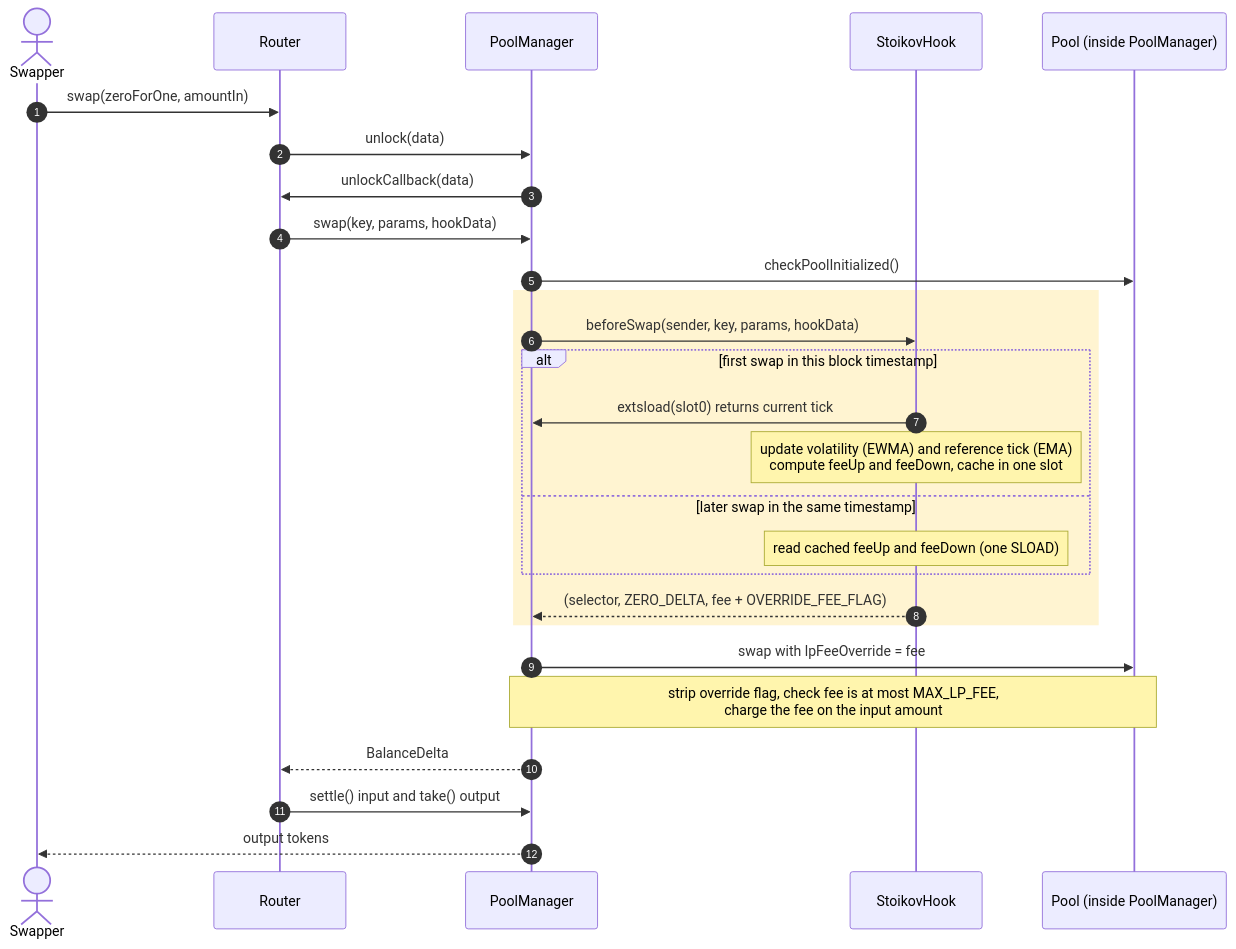
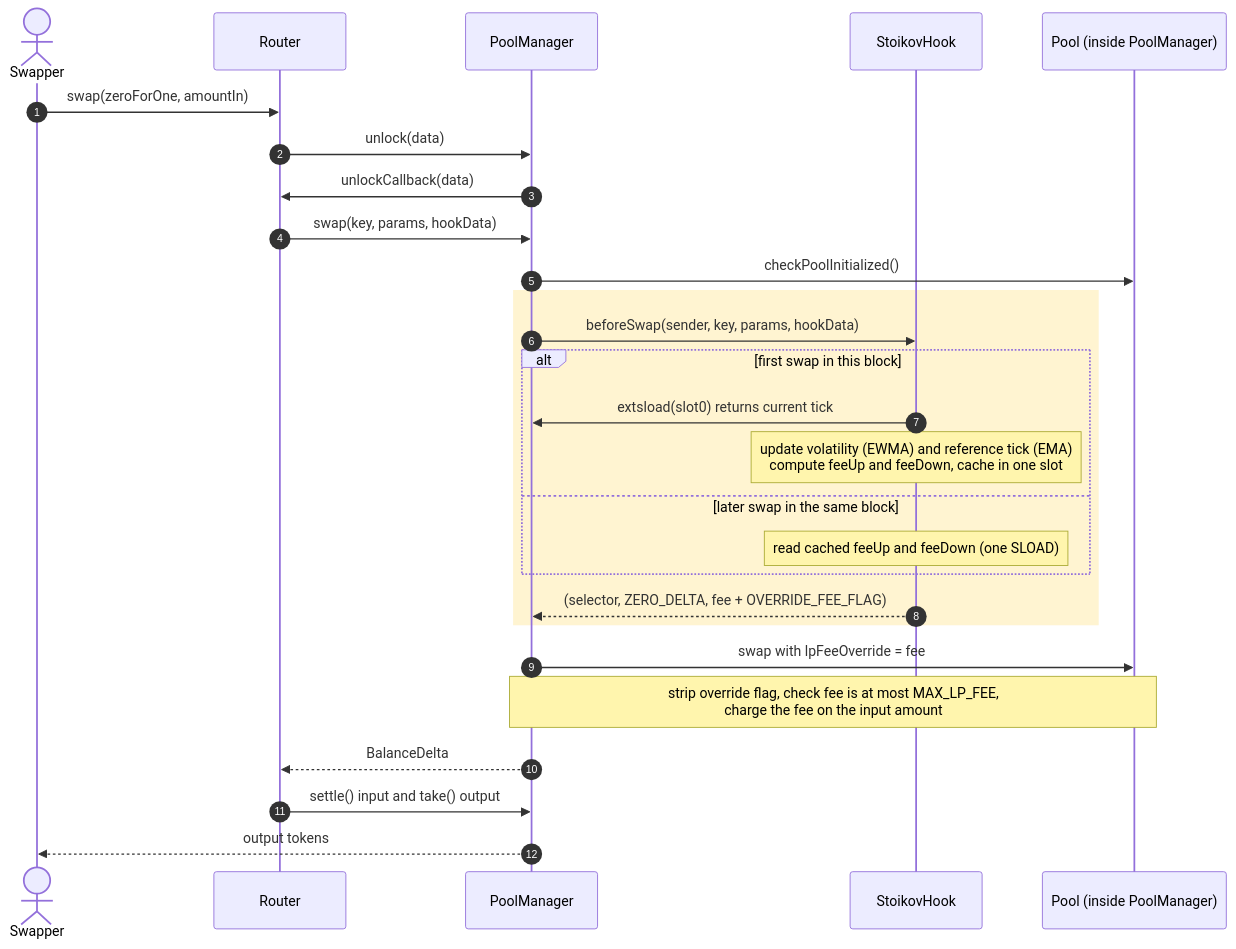
Before and after one commit to tonycai/StoikovHook: the second of 2 diagrams in README.md, drawn with Mermaid. The commit also changed 3 other files, not shown here.

````diff
--- a/README.md
+++ b/README.md
@@ -65,30 +65,30 @@
 ```mermaid
 sequenceDiagram
     autonumber
     actor User as Swapper
     participant R as Router
     participant PM as PoolManager
     participant H as StoikovHook
     participant P as Pool (inside PoolManager)
 
     User->>R: swap(zeroForOne, amountIn)
     R->>PM: unlock(data)
     PM->>R: unlockCallback(data)
     R->>PM: swap(key, params, hookData)
     PM->>P: checkPoolInitialized()
     rect rgba(255, 196, 0, 0.18)
         PM->>H: beforeSwap(sender, key, params, hookData)
-        alt first swap in this block timestamp
+        alt first swap in this block
             H->>PM: extsload(slot0) returns current tick
             Note over H: update volatility (EWMA) and reference tick (EMA)<br/>compute feeUp and feeDown, cache in one slot
-        else later swap in the same timestamp
+        else later swap in the same block
             Note over H: read cached feeUp and feeDown (one SLOAD)
         end
         H-->>PM: (selector, ZERO_DELTA, fee + OVERRIDE_FEE_FLAG)
     end
     PM->>P: swap with lpFeeOverride = fee
     Note over PM,P: strip override flag, check fee is at most MAX_LP_FEE,<br/>charge the fee on the input amount
     PM-->>R: BalanceDelta
     R->>PM: settle() input and take() output
     PM-->>User: output tokens
 ```
````
